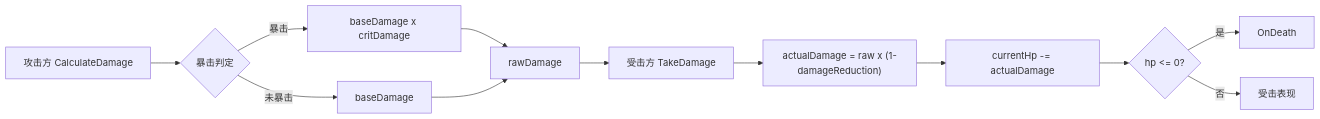
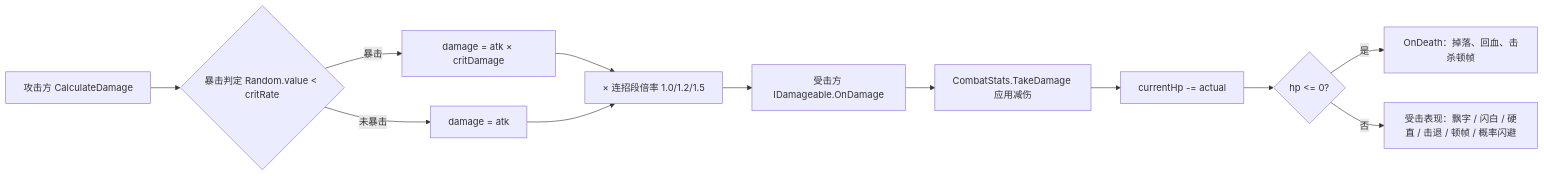
Before and after one commit to Neilyodoge/Gate-of-Babylon: the first of 2 diagrams in docs/game/tech/战斗系统.md, drawn with Mermaid. The commit also changed other lines of this file and 13 other files, not shown here.

````diff
--- a/docs/game/tech/战斗系统.md
+++ b/docs/game/tech/战斗系统.md
@@ -25,14 +52,14 @@
 ```mermaid
 graph LR
-    A[攻击方 CalculateDamage] --> B{暴击判定}
-    B -->|暴击| C[baseDamage x critDamage]
-    B -->|未暴击| D[baseDamage]
-    C --> E[rawDamage]
+    A[攻击方 CalculateDamage] --> B{暴击判定 Random.value &lt; critRate}
+    B -->|暴击| C[damage = atk × critDamage]
+    B -->|未暴击| D[damage = atk]
+    C --> E[× 连招段倍率 1.0/1.2/1.5]
     D --> E
-    E --> F[受击方 TakeDamage]
-    F --> G["actualDamage = raw x (1-damageReduction)"]
-    G --> H[currentHp -= actualDamage]
-    H --> I{hp <= 0?}
-    I -->|是| J[OnDeath]
-    I -->|否| K[受击表现]
+    E --> F[受击方 IDamageable.OnDamage]
+    F --> G[CombatStats.TakeDamage 应用减伤]
+    G --> H[currentHp -= actual]
+    H --> I{hp &lt;= 0?}
+    I -->|是| J[OnDeath：掉落、回血、击杀顿帧]
+    I -->|否| K[受击表现：飘字 / 闪白 / 硬直 / 击退 / 顿帧 / 概率闪避]
 ```
````
